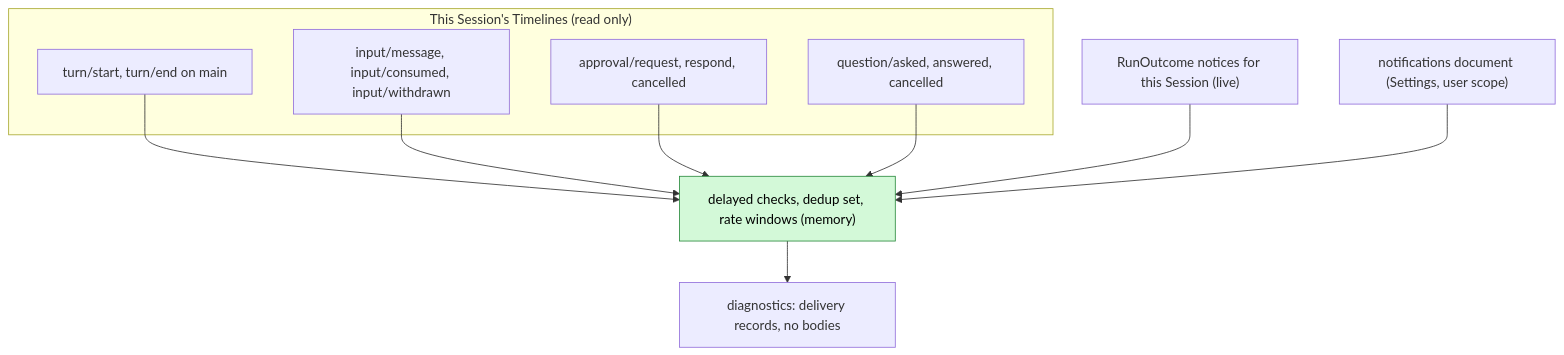
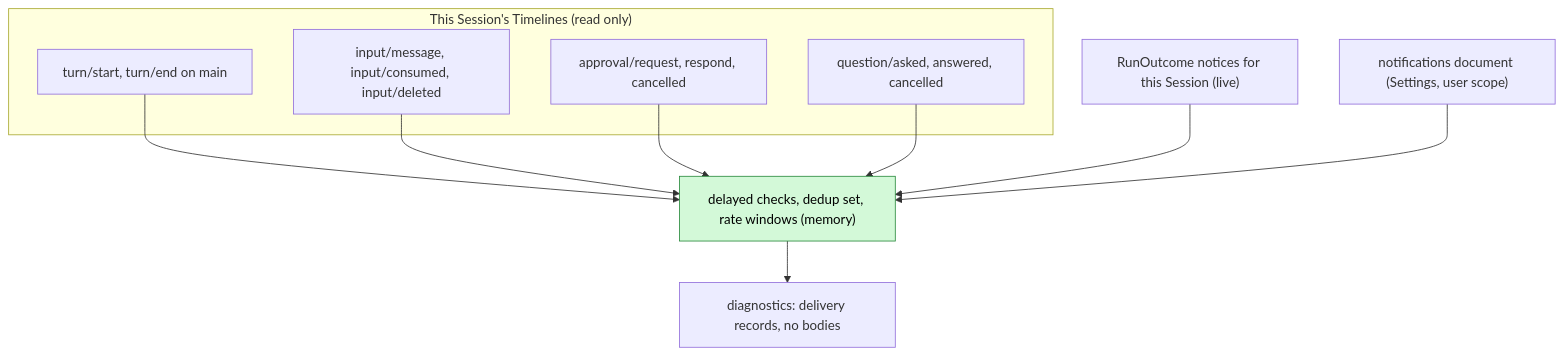
One commit to CoutinhoTTS/dim-agent changed the second of 6 diagrams in docs/design/plugins/Notifications.md. Above: the diagram before and after it, drawn with Mermaid. The commit also changed other lines of this file and 18 other files, not shown here.

````diff
--- a/docs/design/plugins/Notifications.md
+++ b/docs/design/plugins/Notifications.md
@@ -43,21 +43,21 @@
 ```mermaid
 flowchart TB
   subgraph TL["This Session's Timelines (read only)"]
     TE["turn/start, turn/end on main"]
-    IN["input/message, input/consumed, input/withdrawn"]
+    IN["input/message, input/consumed, input/deleted"]
     AP["approval/request, respond, cancelled"]
     QU["question/asked, answered, cancelled"]
   end
   RO["RunOutcome notices for this Session (live)"]
   CFG["notifications document (Settings, user scope)"]
   MEM["delayed checks, dedup set, rate windows (memory)"]:::new
   DIAG["diagnostics: delivery records, no bodies"]
   TE --> MEM
   IN --> MEM
   AP --> MEM
   QU --> MEM
   RO --> MEM
   CFG --> MEM
   MEM --> DIAG
   classDef new fill:#d3f9d8,stroke:#2b8a3e,color:#000
 ```
````
